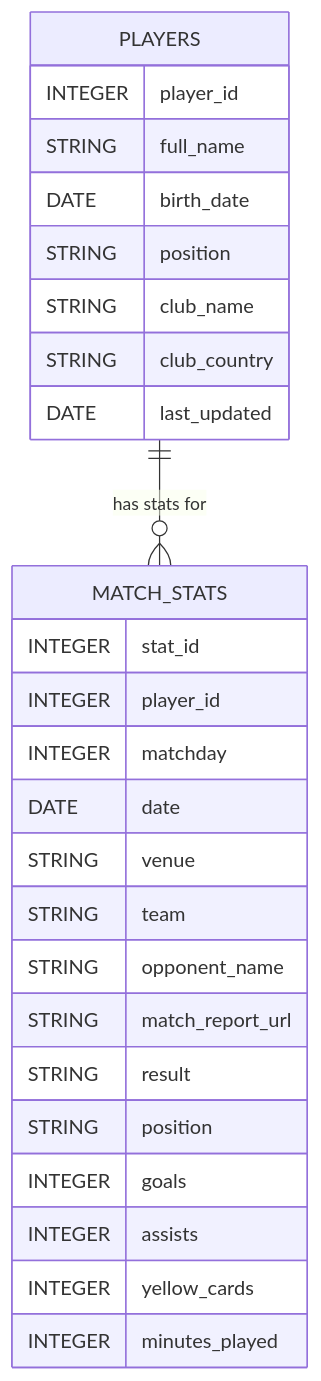
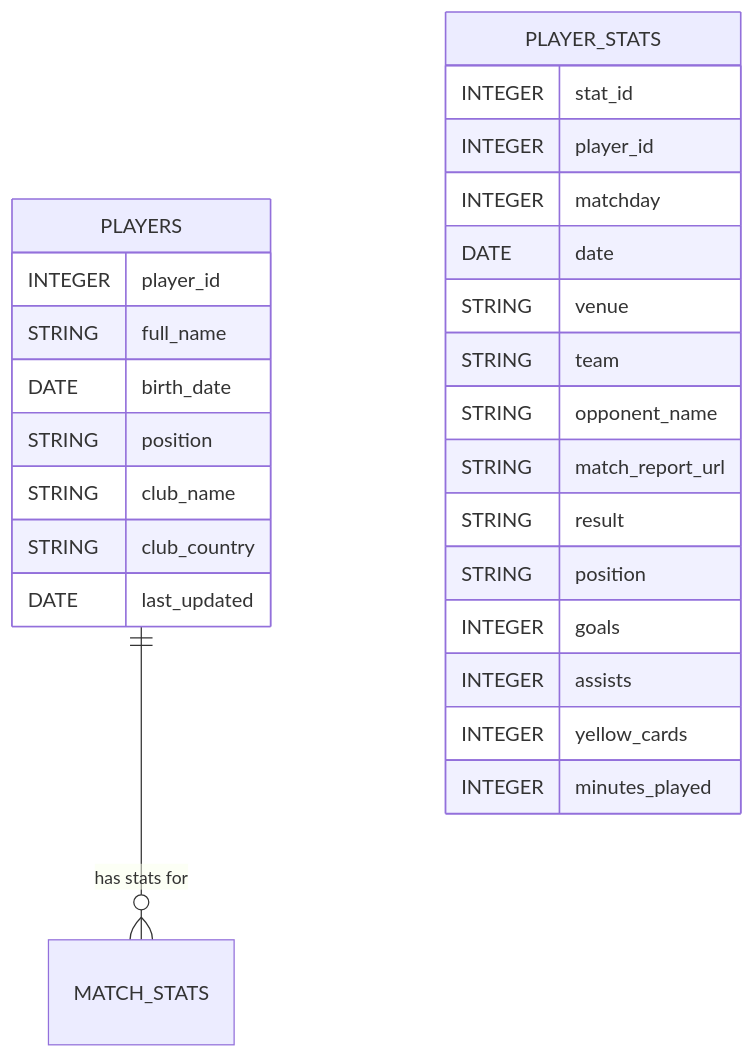
The diagram in README.md (eli-jaffe/USMNT_Employee_Pipeline), drawn with Mermaid before and after one commit. The commit also changed other lines of this file, not shown here.

````diff
--- a/README.md
+++ b/README.md
@@ -132,31 +132,31 @@
 ```mermaid
 erDiagram
     PLAYERS {
         INTEGER player_id
         STRING full_name
         DATE birth_date
         STRING position
         STRING club_name
         STRING club_country
         DATE last_updated
     }
     
-    MATCH_STATS {
+    PLAYER_STATS {
         INTEGER stat_id
         INTEGER player_id
         INTEGER matchday
         DATE date
         STRING venue
         STRING team
         STRING opponent_name
         STRING match_report_url
         STRING result
         STRING position
         INTEGER goals
         INTEGER assists
         INTEGER yellow_cards
         INTEGER minutes_played
     }
 
     PLAYERS ||--o{ MATCH_STATS : "has stats for"
 ```
````
